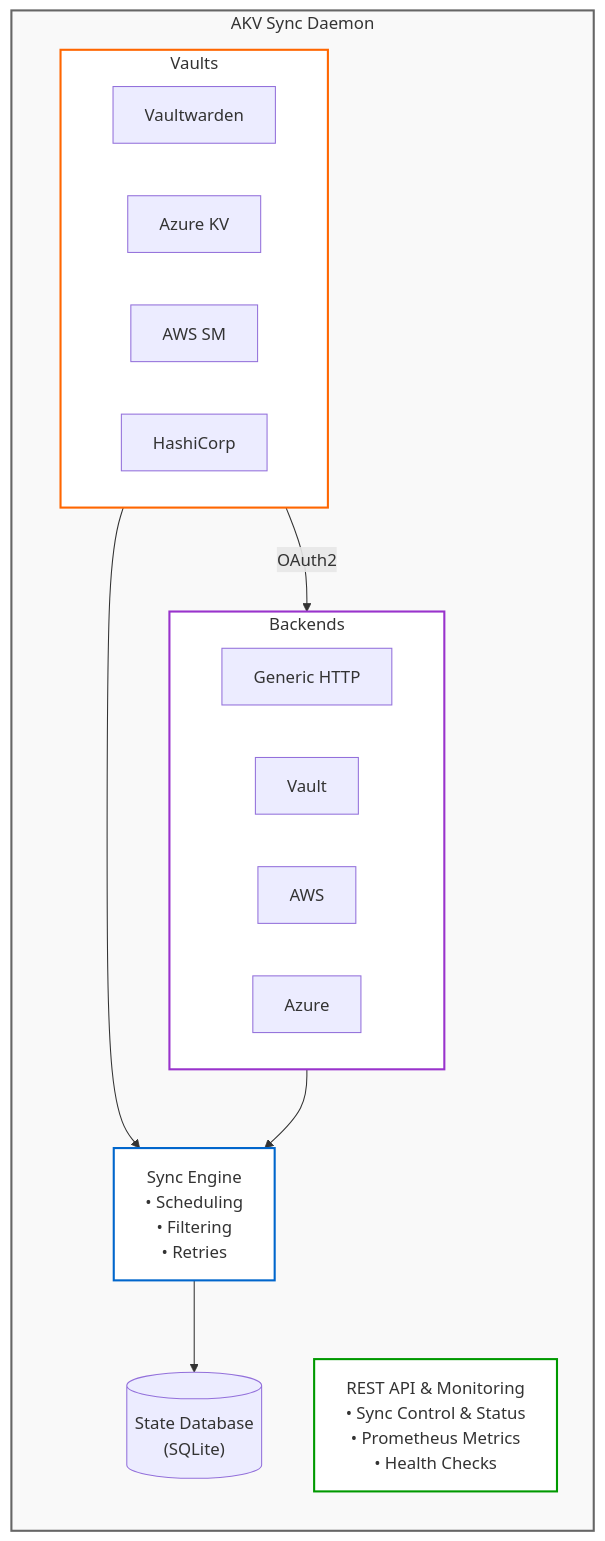
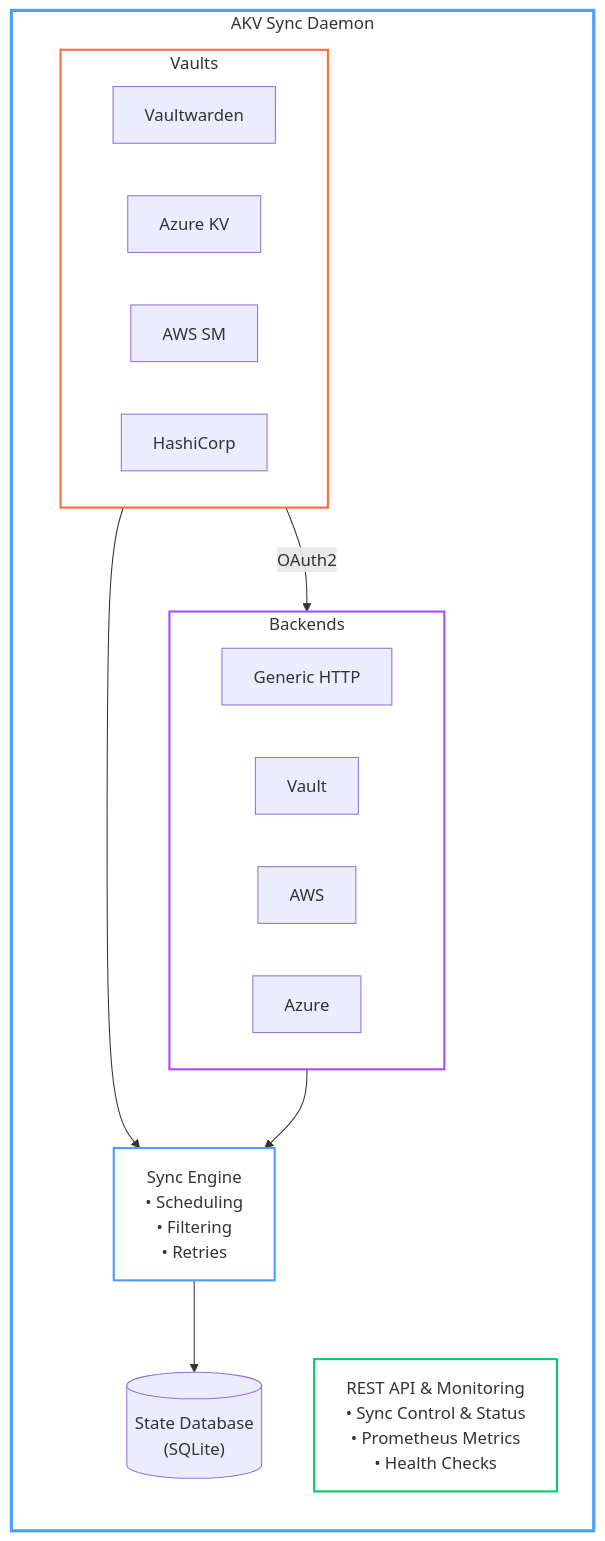
One commit to pacorreia/vaults-syncer changed the diagram in docs/index.md. Above: the diagram before and after it, drawn with Mermaid. The commit also changed 2 other files, not shown here.

Commit message:
Use transparent backgrounds and theme-adaptive colors in diagrams

````diff
--- a/docs/index.md
+++ b/docs/index.md
@@ -99,38 +99,38 @@
 ```mermaid
 graph TB
     subgraph daemon["AKV Sync Daemon"]
         direction TB
         
         subgraph vaults["Vaults"]
             vw["Vaultwarden"]
             akv["Azure KV"]
             aws["AWS SM"]
             hc["HashiCorp"]
         end
         
         subgraph backends["Backends"]
             http["Generic HTTP"]
             vault["Vault"]
             awsb["AWS"]
             azure["Azure"]
         end
         
         vaults -->|OAuth2| backends
         
         engine["Sync Engine<br/>• Scheduling<br/>• Filtering<br/>• Retries"]
         
         vaults --> engine
         backends --> engine
         
         db[("State Database<br/>(SQLite)")]
         engine --> db
         
         api["REST API & Monitoring<br/>• Sync Control & Status<br/>• Prometheus Metrics<br/>• Health Checks"]
     end
     
-    style daemon fill:#f9f9f9,stroke:#666,stroke-width:2px
-    style engine fill:#fff,stroke:#0066cc,stroke-width:2px
-    style vaults fill:#fff,stroke:#ff6600,stroke-width:2px
-    style backends fill:#fff,stroke:#9933cc,stroke-width:2px
-    style api fill:#fff,stroke:#009900,stroke-width:2px
+    style daemon fill:none,stroke:#4a9eff,stroke-width:3px
+    style engine fill:none,stroke:#4a9eff,stroke-width:2px
+    style vaults fill:none,stroke:#ff6b35,stroke-width:2px
+    style backends fill:none,stroke:#a64dff,stroke-width:2px
+    style api fill:none,stroke:#00cc66,stroke-width:2px
 ```
````
